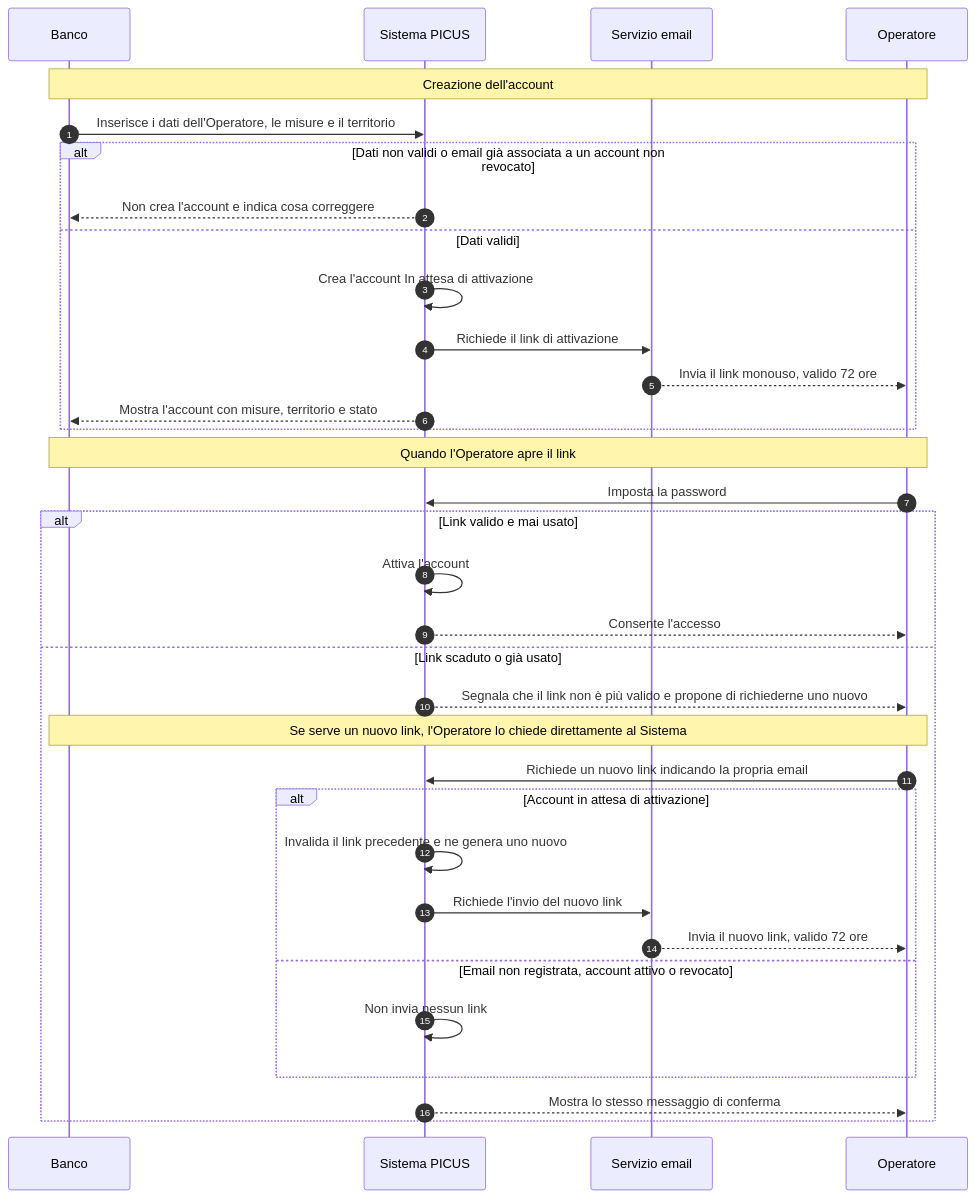
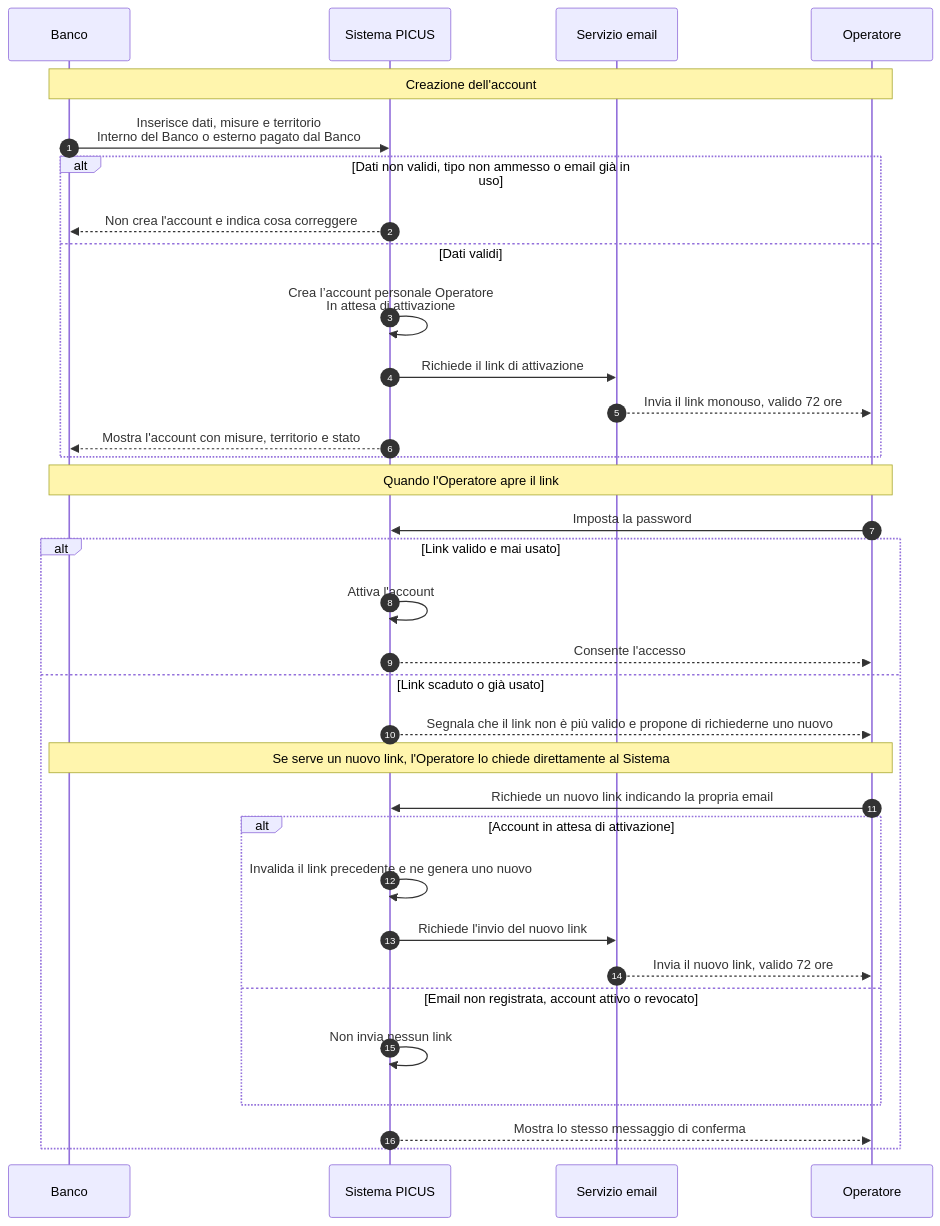
Before and after one commit to Pinguini-alla-Fragola/Progetto-SAD: the diagram in docs/requirements/diagrams/iam/IAM-27-creazione-operatore.mmd, drawn with Mermaid. The commit also changed 32 other files, not shown here.

```diff
--- a/docs/requirements/diagrams/iam/IAM-27-creazione-operatore.mmd
+++ b/docs/requirements/diagrams/iam/IAM-27-creazione-operatore.mmd
@@ -1,38 +1,38 @@
 %% IAM-27 v0.1 - 31/10/2026
 %% Storia #27: creazione e attivazione dell'account di un Operatore.
 %% Campi del modulo e durata del link (72 ore) sono proposte del team.
 sequenceDiagram
     autonumber
     participant B as Banco
     participant S as Sistema PICUS
     participant M as Servizio email
     participant O as Operatore
 
     Note over B,O: Creazione dell'account
-    B->>S: Inserisce i dati dell'Operatore, le misure e il territorio
-    alt Dati non validi o email già associata a un account non revocato
+    B->>S: Inserisce dati, misure e territorio<br/>Interno del Banco o esterno pagato dal Banco
+    alt Dati non validi, tipo non ammesso o email già in uso
         S-->>B: Non crea l'account e indica cosa correggere
     else Dati validi
-        S->>S: Crea l'account In attesa di attivazione
+        S->>S: Crea l’account personale Operatore<br/>In attesa di attivazione
         S->>M: Richiede il link di attivazione
         M-->>O: Invia il link monouso, valido 72 ore
         S-->>B: Mostra l'account con misure, territorio e stato
     end
     Note over B,O: Quando l'Operatore apre il link
     O->>S: Imposta la password
     alt Link valido e mai usato
         S->>S: Attiva l'account
         S-->>O: Consente l'accesso
     else Link scaduto o già usato
         S-->>O: Segnala che il link non è più valido e propone di richiederne uno nuovo
         Note over B,O: Se serve un nuovo link, l'Operatore lo chiede direttamente al Sistema
         O->>S: Richiede un nuovo link indicando la propria email
         alt Account in attesa di attivazione
             S->>S: Invalida il link precedente e ne genera uno nuovo
             S->>M: Richiede l'invio del nuovo link
             M-->>O: Invia il nuovo link, valido 72 ore
         else Email non registrata, account attivo o revocato
             S->>S: Non invia nessun link
         end
         S-->>O: Mostra lo stesso messaggio di conferma
     end
```
